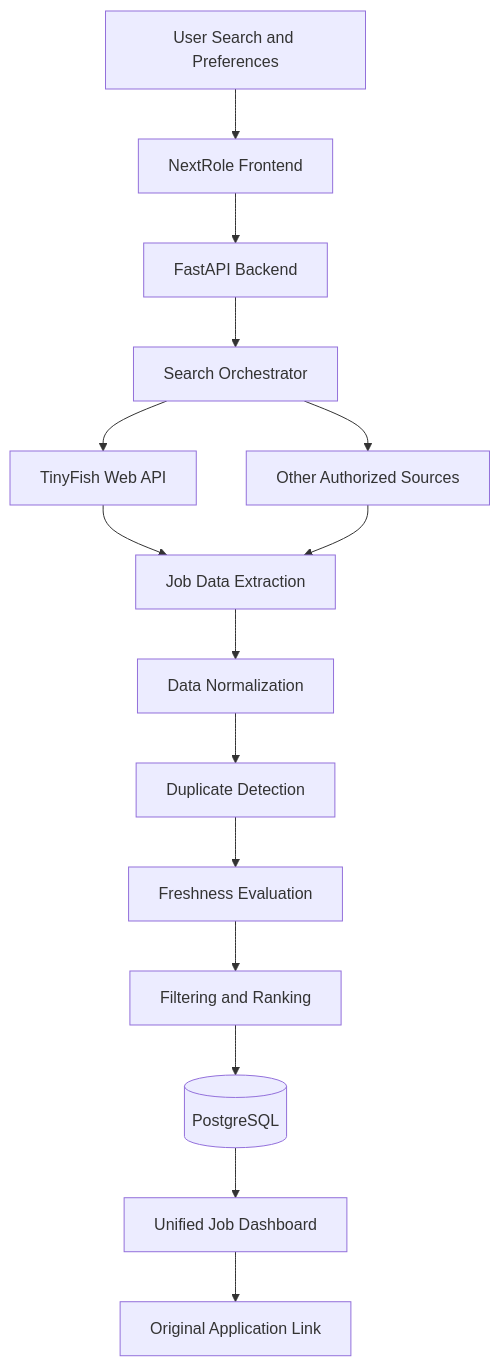
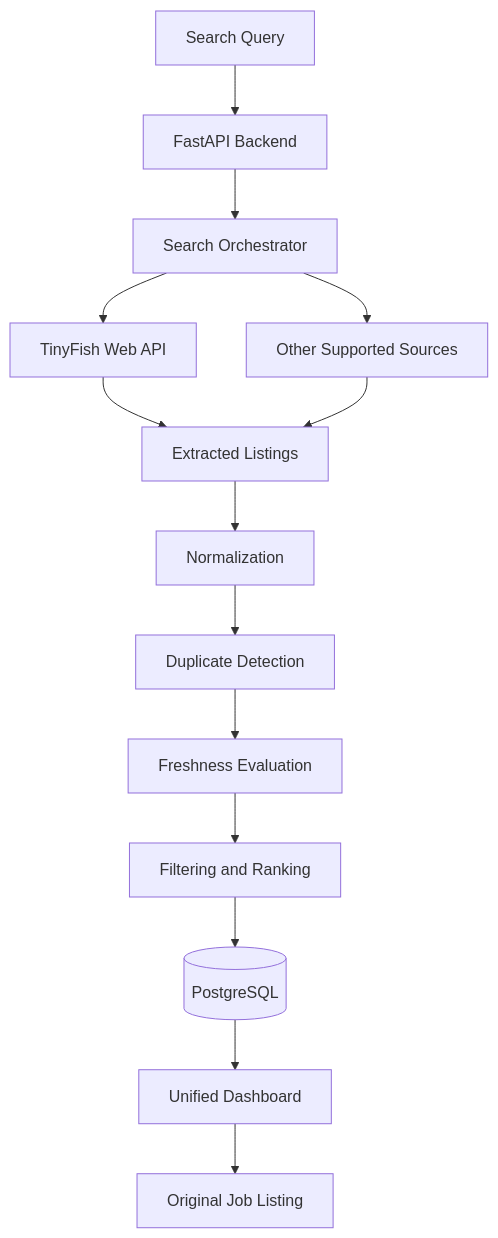
The diagram in README.md (dheerajrai-dev/NextRole), drawn with Mermaid before and after one commit. The commit also changed other lines of this file, not shown here.

````diff
--- a/README.md
+++ b/README.md
@@ -88,17 +45,16 @@
 ```mermaid
 flowchart TD
-    A[User Search and Preferences] --> B[NextRole Frontend]
-    B --> C[FastAPI Backend]
-    C --> D[Search Orchestrator]
-    D --> E[TinyFish Web API]
-    D --> F[Other Authorized Sources]
-    E --> G[Job Data Extraction]
-    F --> G
-    G --> H[Data Normalization]
-    H --> I[Duplicate Detection]
-    I --> J[Freshness Evaluation]
-    J --> K[Filtering and Ranking]
-    K --> L[(PostgreSQL)]
-    L --> M[Unified Job Dashboard]
-    M --> N[Original Application Link]
+    A[Search Query] --> B[FastAPI Backend]
+    B --> C[Search Orchestrator]
+    C --> D[TinyFish Web API]
+    C --> E[Other Supported Sources]
+    D --> F[Extracted Listings]
+    E --> F
+    F --> G[Normalization]
+    G --> H[Duplicate Detection]
+    H --> I[Freshness Evaluation]
+    I --> J[Filtering and Ranking]
+    J --> K[(PostgreSQL)]
+    K --> L[Unified Dashboard]
+    L --> M[Original Job Listing]
 ```
````
